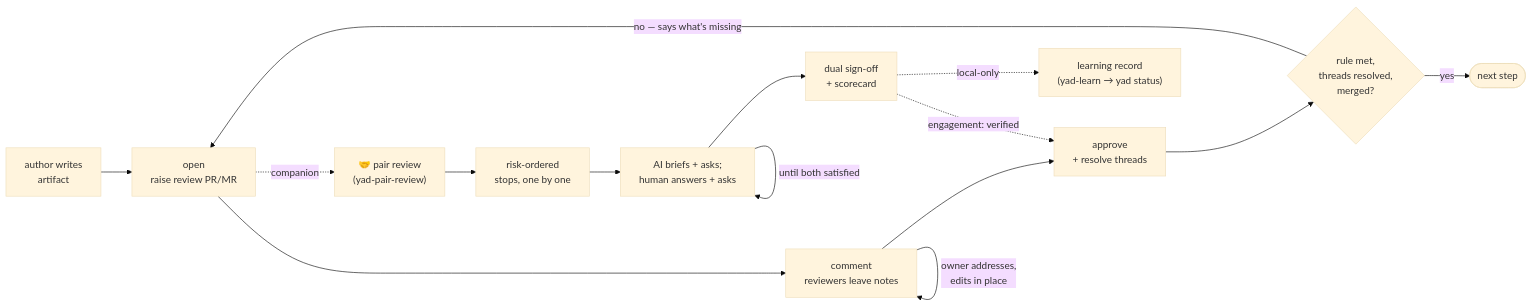
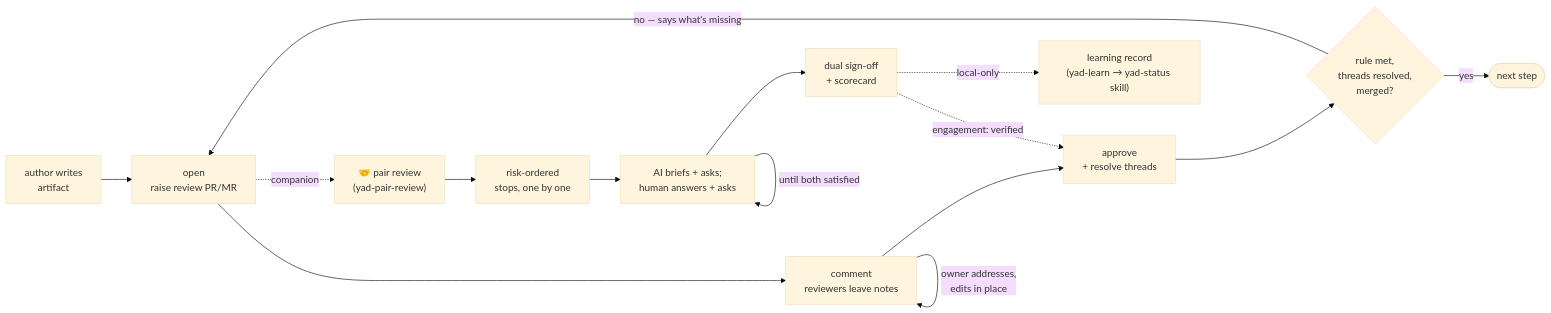
Before and after one commit to abdelrahmannasr/yadflow: the diagram in docs/diagrams/review-loop.mmd, drawn with Mermaid (base theme). The commit also changed 17 other files, not shown here.

```diff
--- a/docs/diagrams/review-loop.mmd
+++ b/docs/diagrams/review-loop.mmd
@@ -1,16 +1,16 @@
 flowchart LR
     a["author writes<br/>artifact"] --> o["open<br/>raise review PR/MR"]
     o --> c["comment<br/>reviewers leave notes"]
     c -->|owner addresses,<br/>edits in place| c
     c --> ap["approve<br/>+ resolve threads"]
     ap --> adv{"rule met,<br/>threads resolved,<br/>merged?"}
     adv -->|no — says what's missing| o
     adv -->|yes| nxt(["next step"])
 
     o -.companion.-> pr["🤝 pair review<br/>(yad-pair-review)"]
     pr --> stops["risk-ordered<br/>stops, one by one"]
     stops --> qa["AI briefs + asks;<br/>human answers + asks"]
     qa -->|until both satisfied| qa
     qa --> so["dual sign-off<br/>+ scorecard"]
     so -.engagement: verified.-> ap
-    so -.local-only.-> learn["learning record<br/>(yad-learn → yad status)"]
+    so -.local-only.-> learn["learning record<br/>(yad-learn → yad-status skill)"]
```
